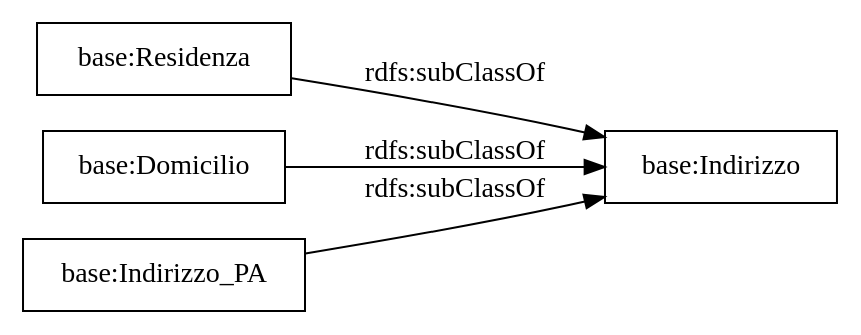
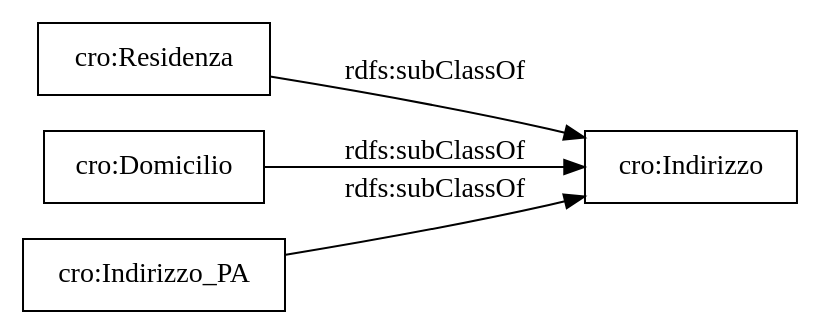
Before and after one commit to gcarau/RichiestaCertificati: the diagram in OnToology/CertificateRequest.ttl/diagrams/ar2dtool-taxonomy/CertificateRequest.ttl.png.dot, drawn with Graphviz. The commit also changed 12 other files, not shown here.

```diff
--- a/OnToology/CertificateRequest.ttl/diagrams/ar2dtool-taxonomy/CertificateRequest.ttl.png.dot
+++ b/OnToology/CertificateRequest.ttl/diagrams/ar2dtool-taxonomy/CertificateRequest.ttl.png.dot
@@ -1,9 +1,9 @@
 digraph ar2dtool_diagram { 
 rankdir=LR;
 size="1000"
-node [shape = rectangle, color="black"]; "base:Residenza" "base:Domicilio" "base:Indirizzo" "base:Indirizzo_PA" ; /*classes style*/
-	"base:Residenza" -> "base:Indirizzo" [ label = "rdfs:subClassOf" ];
-	"base:Domicilio" -> "base:Indirizzo" [ label = "rdfs:subClassOf" ];
-	"base:Indirizzo_PA" -> "base:Indirizzo" [ label = "rdfs:subClassOf" ];
+node [shape = rectangle, color="black"]; "cro:Residenza" "cro:Domicilio" "cro:Indirizzo" "cro:Indirizzo_PA" ; /*classes style*/
+	"cro:Residenza" -> "cro:Indirizzo" [ label = "rdfs:subClassOf" ];
+	"cro:Domicilio" -> "cro:Indirizzo" [ label = "rdfs:subClassOf" ];
+	"cro:Indirizzo_PA" -> "cro:Indirizzo" [ label = "rdfs:subClassOf" ];
 
 }
```
